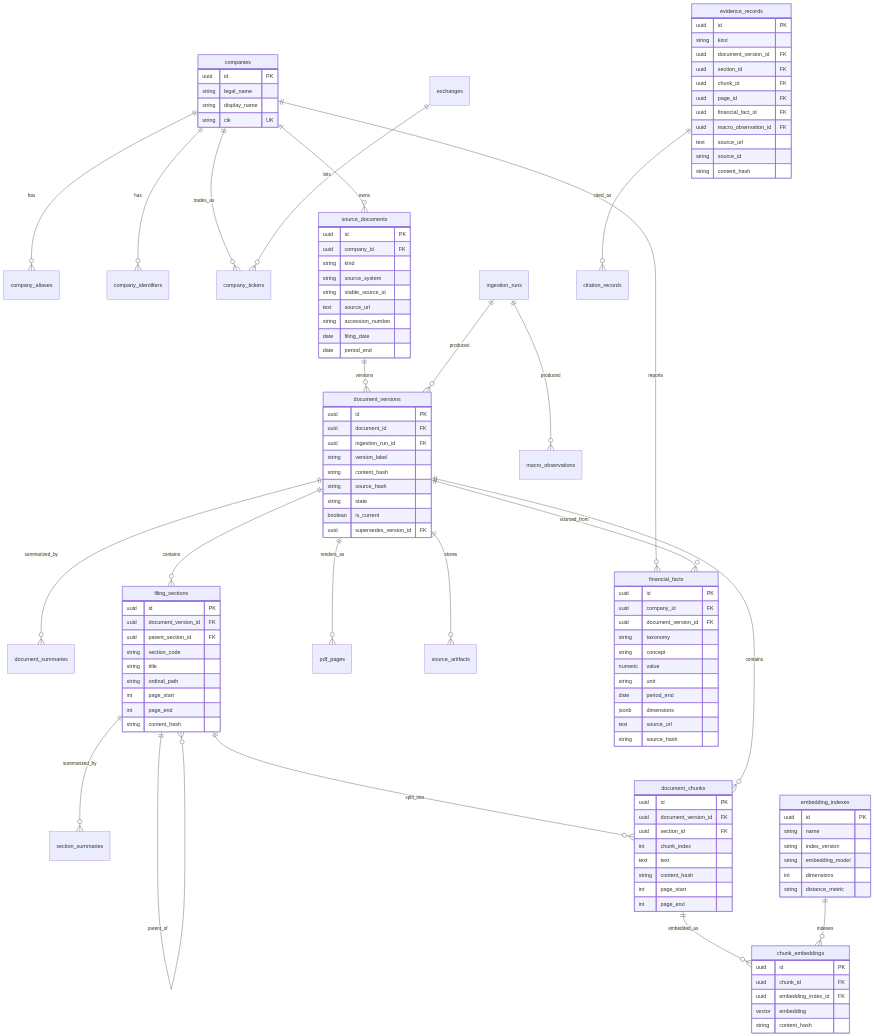
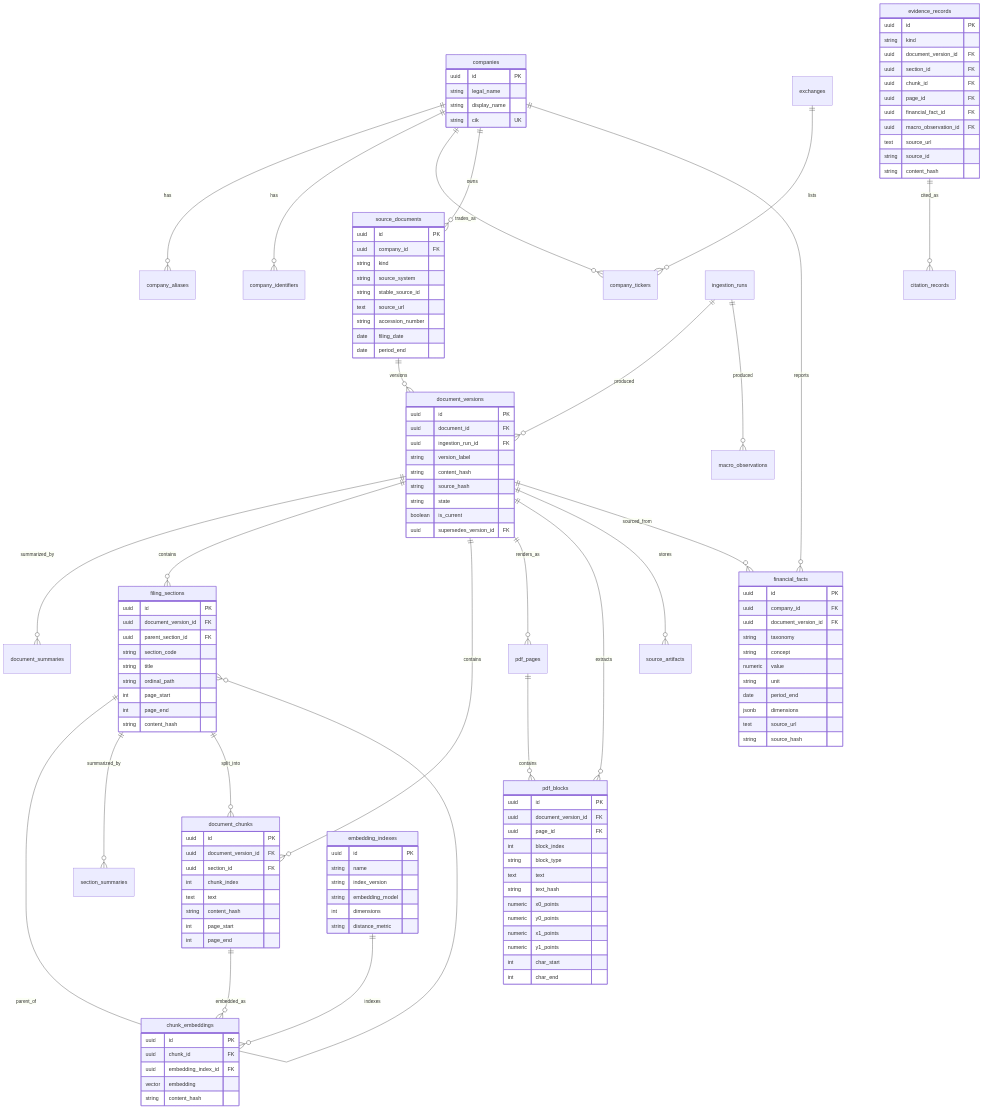
The diagram in docs/architecture/core-domain-er.md (zvadym/company-lens), drawn with Mermaid before and after one commit. The commit also changed 4 other files, not shown here.

Commit message:
Add PDF block storage for #6

```diff
--- a/docs/architecture/core-domain-er.md
+++ b/docs/architecture/core-domain-er.md
@@ -17,6 +17,8 @@
     filing_sections ||--o{ document_chunks : split_into
     document_versions ||--o{ document_chunks : contains
     document_versions ||--o{ pdf_pages : renders_as
+    document_versions ||--o{ pdf_blocks : extracts
+    pdf_pages ||--o{ pdf_blocks : contains
     document_versions ||--o{ source_artifacts : stores
     document_chunks ||--o{ chunk_embeddings : embedded_as
     embedding_indexes ||--o{ chunk_embeddings : indexes
@@ -78,6 +80,22 @@
         int page_end
     }
 
+    pdf_blocks {
+        uuid id PK
+        uuid document_version_id FK
+        uuid page_id FK
+        int block_index
+        string block_type
+        text text
+        string text_hash
+        numeric x0_points
+        numeric y0_points
+        numeric x1_points
+        numeric y1_points
+        int char_start
+        int char_end
+    }
+
     embedding_indexes {
         uuid id PK
         string name
```
